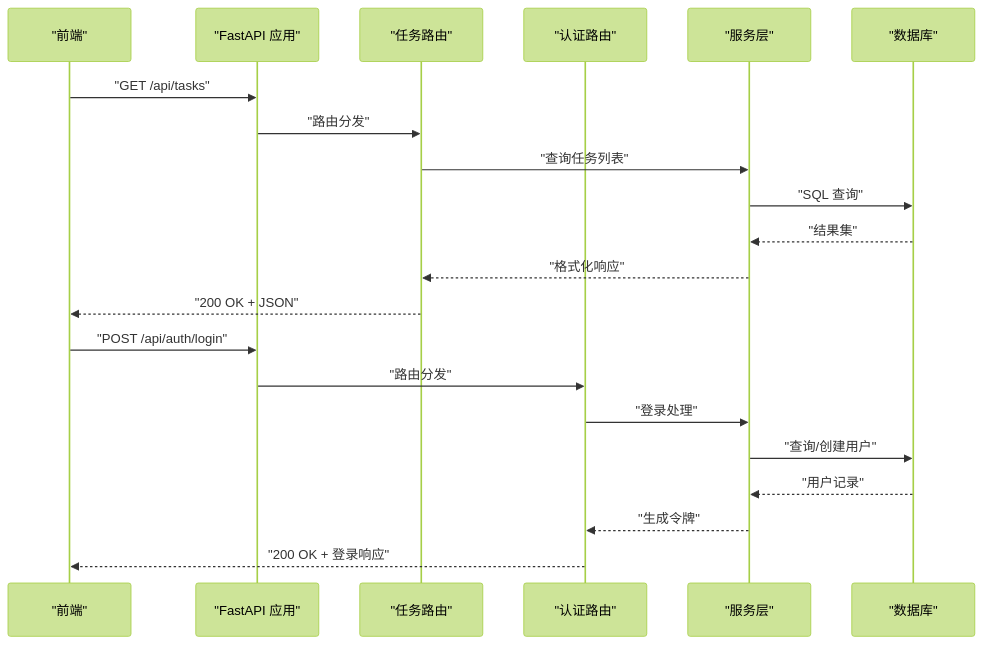
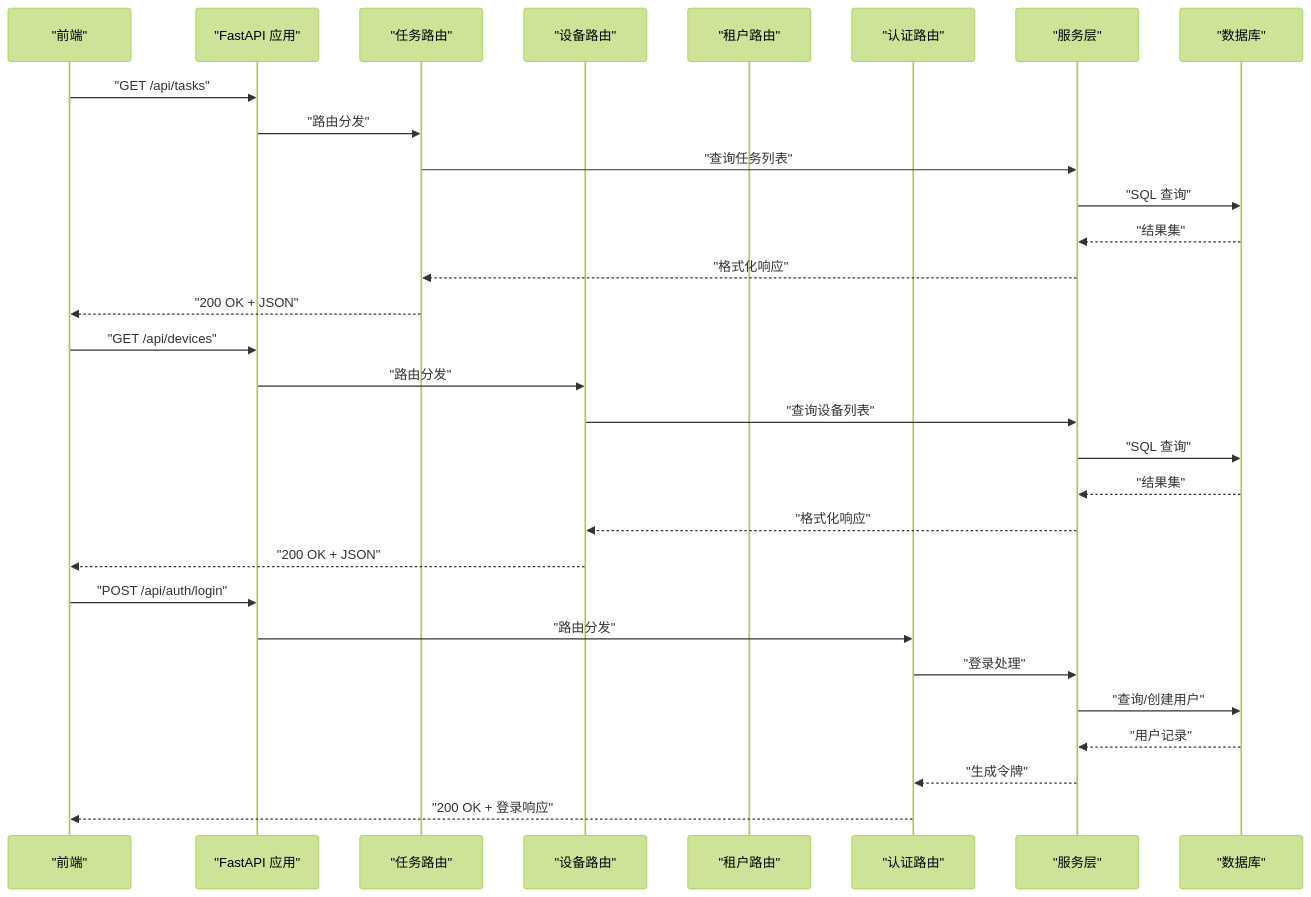
The second of 4 diagrams in .qoder/repowiki/zh/content/API 参考文档/RESTful API 接口.md (onebody/ccclubs_AI_RPA), drawn with Mermaid (forest theme) before and after one commit. The commit also changed other lines of this file and 16 other files, not shown here.

````diff
--- a/.qoder/repowiki/zh/content/API 参考文档/RESTful API 接口.md
+++ b/.qoder/repowiki/zh/content/API 参考文档/RESTful API 接口.md
@@ -117,23 +154,32 @@
 ```mermaid
 sequenceDiagram
 participant FE as "前端"
 participant API as "FastAPI 应用"
 participant Tasks as "任务路由"
+participant Devices as "设备路由"
+participant Tenants as "租户路由"
 participant Auth as "认证路由"
 participant Svc as "服务层"
 participant DB as "数据库"
 FE->>API : "GET /api/tasks"
 API->>Tasks : "路由分发"
 Tasks->>Svc : "查询任务列表"
 Svc->>DB : "SQL 查询"
 DB-->>Svc : "结果集"
 Svc-->>Tasks : "格式化响应"
 Tasks-->>FE : "200 OK + JSON"
+FE->>API : "GET /api/devices"
+API->>Devices : "路由分发"
+Devices->>Svc : "查询设备列表"
+Svc->>DB : "SQL 查询"
+DB-->>Svc : "结果集"
+Svc-->>Devices : "格式化响应"
+Devices-->>FE : "200 OK + JSON"
 FE->>API : "POST /api/auth/login"
 API->>Auth : "路由分发"
 Auth->>Svc : "登录处理"
 Svc->>DB : "查询/创建用户"
 DB-->>Svc : "用户记录"
 Svc-->>Auth : "生成令牌"
 Auth-->>FE : "200 OK + 登录响应"
 ```
````
